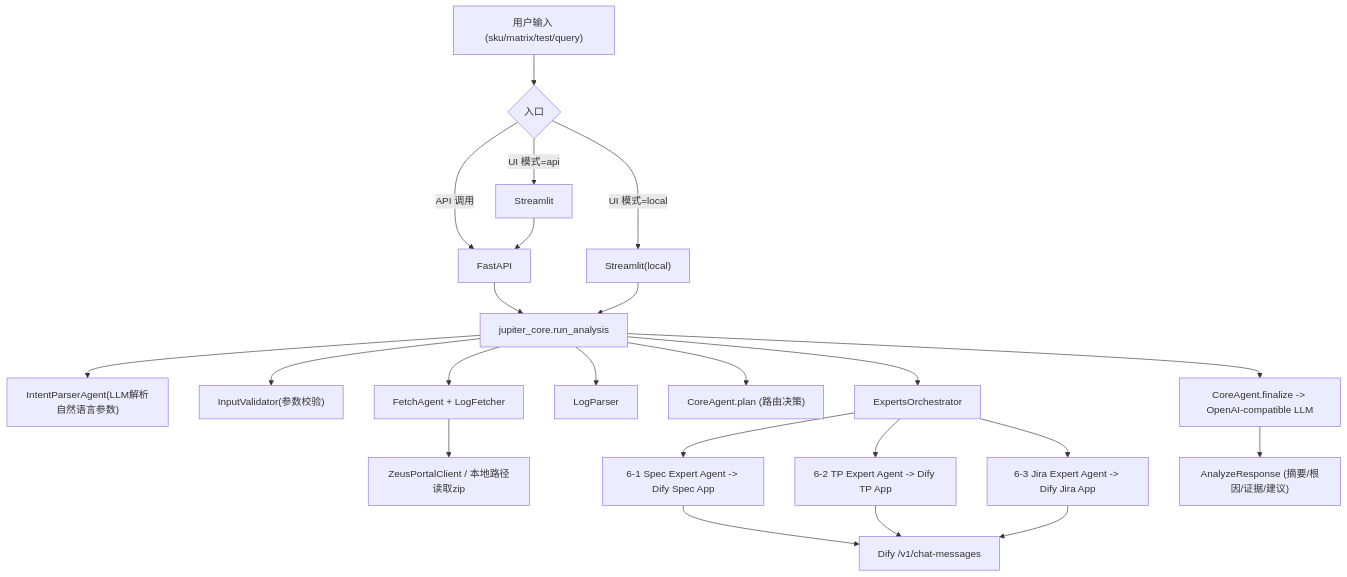
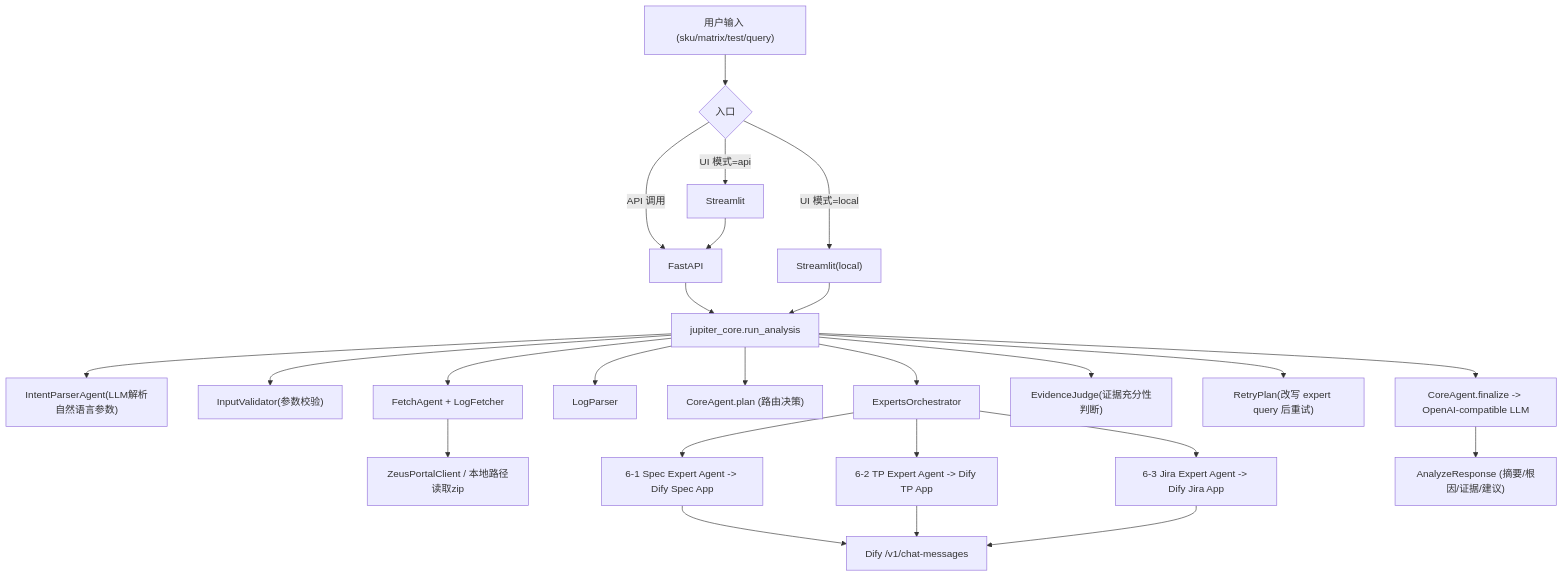
The second of 3 diagrams in README.md (jonhncatt/jupiter), drawn with Mermaid before and after one commit. The commit also changed other lines of this file and 8 other files, not shown here.

Commit message:
feat: add graph-level judge and retry loop

````diff
--- a/README.md
+++ b/README.md
@@ -48,27 +50,29 @@
 ```mermaid
 flowchart TB
 REQ["用户输入 (sku/matrix/test/query)"] --> ENTRY{"入口"}
 ENTRY -->|UI 模式=api| FE["Streamlit"]
 ENTRY -->|API 调用| API["FastAPI"]
 ENTRY -->|UI 模式=local| FELOCAL["Streamlit(local)"]
 
 FE --> API
 API --> WF["jupiter_core.run_analysis"]
 FELOCAL --> WF
 
 WF --> INTENT["IntentParserAgent(LLM解析自然语言参数)"]
 WF --> VALIDATE["InputValidator(参数校验)"]
 WF --> FETCH["FetchAgent + LogFetcher"]
 FETCH --> ZEUS["ZeusPortalClient / 本地路径读取zip"]
 WF --> PARSE["LogParser"]
 WF --> COREPLAN["CoreAgent.plan (路由决策)"]
 WF --> EXP["ExpertsOrchestrator"]
 EXP --> SPEC["6-1 Spec Expert Agent -> Dify Spec App"]
 EXP --> TP["6-2 TP Expert Agent -> Dify TP App"]
 EXP --> JIRA["6-3 Jira Expert Agent -> Dify Jira App"]
+WF --> JUDGE["EvidenceJudge(证据充分性判断)"]
+WF --> RETRY["RetryPlan(改写 expert query 后重试)"]
 SPEC --> DIFY["Dify /v1/chat-messages"]
 TP --> DIFY
 JIRA --> DIFY
 WF --> FINAL["CoreAgent.finalize -> OpenAI-compatible LLM"]
 FINAL --> RESP["AnalyzeResponse (摘要/根因/证据/建议)"]
 ```
````
